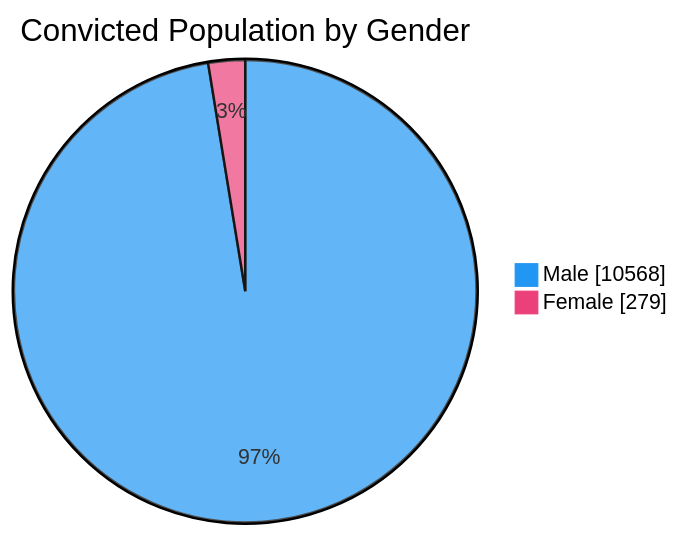
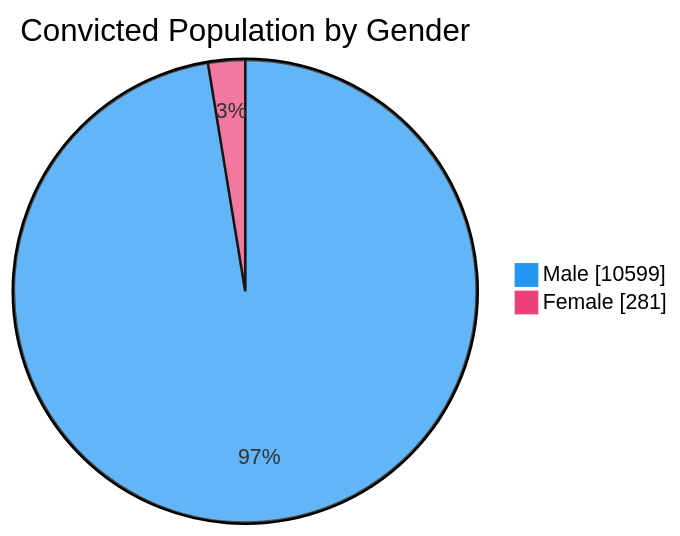
Before and after one commit to nuuuwan/lk_prisons: the third of 7 diagrams in README.md, drawn with Mermaid. The commit also changed other lines of this file and 1 other file, not shown here.

````diff
--- a/README.md
+++ b/README.md
@@ -65,6 +65,6 @@
 ```mermaid
 %%{init: {'themeVariables': {'pie1': '#2196F3', 'pie2': '#EC407A'}}}%%
 pie showData title Convicted Population by Gender
-    "Male" : 10568
-    "Female" : 279
+    "Male" : 10599
+    "Female" : 281
 ```
````
